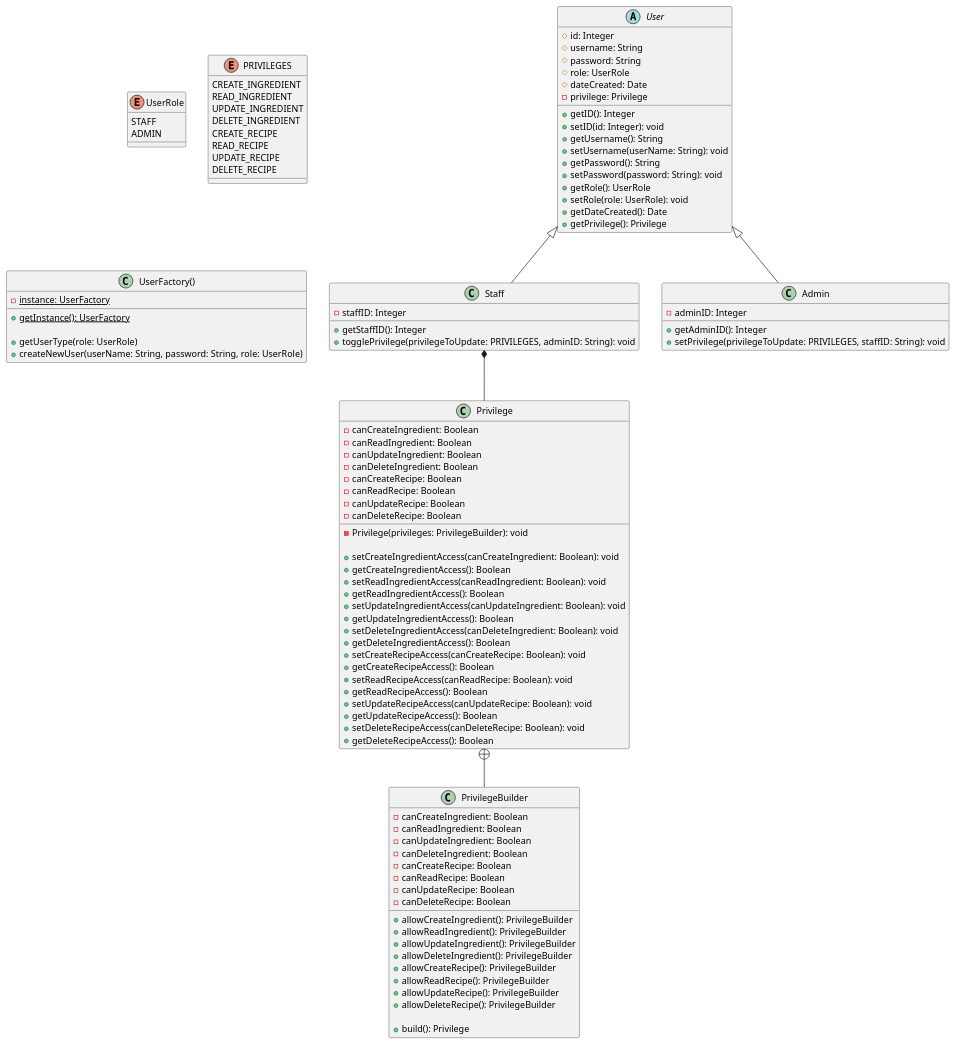
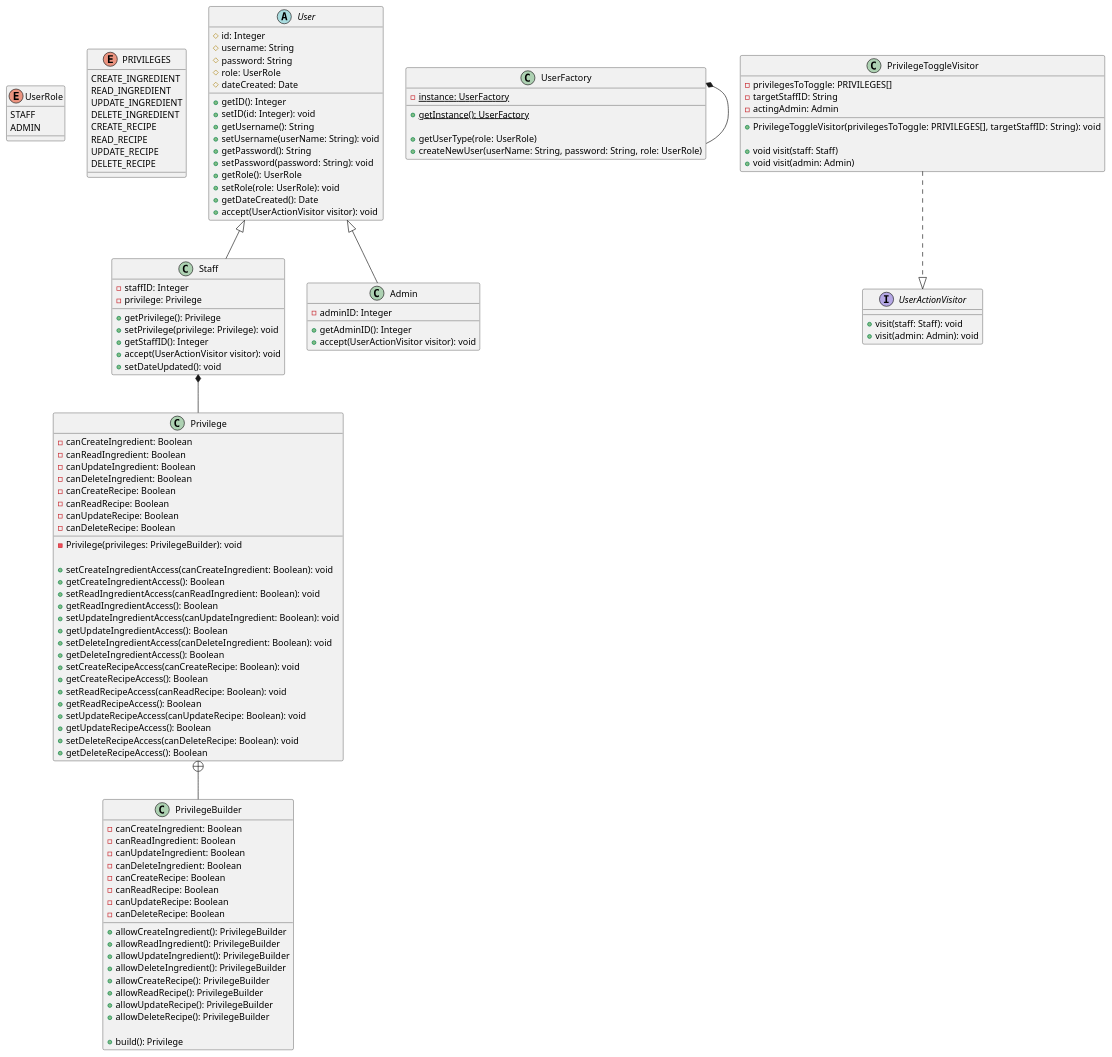
One commit to AlanCortez1337/cs5800-project changed the diagram in backend/src/documentation/classDiagrams/UserModels.puml. Above: the diagram before and after it, drawn with PlantUML. The commit also changed 7 other files, not shown here.

Commit message:
abstract editing privileges to use a visitor design pattern

```diff
--- a/backend/src/documentation/classDiagrams/UserModels.puml
+++ b/backend/src/documentation/classDiagrams/UserModels.puml
@@ -1,120 +1,143 @@
 @startuml
 'https://plantuml.com/class-diagram
 
 enum UserRole {
     STAFF
     ADMIN
 }
 
 enum PRIVILEGES {
     CREATE_INGREDIENT
     READ_INGREDIENT
     UPDATE_INGREDIENT
     DELETE_INGREDIENT
     CREATE_RECIPE
     READ_RECIPE
     UPDATE_RECIPE
     DELETE_RECIPE
 }
 
 abstract User {
     # id: Integer
     # username: String
     # password: String
     # role: UserRole
     # dateCreated: Date
-    - privilege: Privilege
 
     + getID(): Integer
     + setID(id: Integer): void
     + getUsername(): String
     + setUsername(userName: String): void
     + getPassword(): String
     + setPassword(password: String): void
     + getRole(): UserRole
     + setRole(role: UserRole): void
     + getDateCreated(): Date
-    + getPrivilege(): Privilege
+    + accept(UserActionVisitor visitor): void
 }
 
 class Privilege {
     - canCreateIngredient: Boolean
     - canReadIngredient: Boolean
     - canUpdateIngredient: Boolean
     - canDeleteIngredient: Boolean
     - canCreateRecipe: Boolean
     - canReadRecipe: Boolean
     - canUpdateRecipe: Boolean
     - canDeleteRecipe: Boolean
 
     - Privilege(privileges: PrivilegeBuilder): void
 
     + setCreateIngredientAccess(canCreateIngredient: Boolean): void
     + getCreateIngredientAccess(): Boolean
     + setReadIngredientAccess(canReadIngredient: Boolean): void
     + getReadIngredientAccess(): Boolean
     + setUpdateIngredientAccess(canUpdateIngredient: Boolean): void
     + getUpdateIngredientAccess(): Boolean
     + setDeleteIngredientAccess(canDeleteIngredient: Boolean): void
     + getDeleteIngredientAccess(): Boolean
     + setCreateRecipeAccess(canCreateRecipe: Boolean): void
     + getCreateRecipeAccess(): Boolean
     + setReadRecipeAccess(canReadRecipe: Boolean): void
     + getReadRecipeAccess(): Boolean
     + setUpdateRecipeAccess(canUpdateRecipe: Boolean): void
     + getUpdateRecipeAccess(): Boolean
     + setDeleteRecipeAccess(canDeleteRecipe: Boolean): void
     + getDeleteRecipeAccess(): Boolean
 }
 
 class PrivilegeBuilder {
     - canCreateIngredient: Boolean
     - canReadIngredient: Boolean
     - canUpdateIngredient: Boolean
     - canDeleteIngredient: Boolean
     - canCreateRecipe: Boolean
     - canReadRecipe: Boolean
     - canUpdateRecipe: Boolean
     - canDeleteRecipe: Boolean
 
     + allowCreateIngredient(): PrivilegeBuilder
     + allowReadIngredient(): PrivilegeBuilder
     + allowUpdateIngredient(): PrivilegeBuilder
     + allowDeleteIngredient(): PrivilegeBuilder
     + allowCreateRecipe(): PrivilegeBuilder
     + allowReadRecipe(): PrivilegeBuilder
     + allowUpdateRecipe(): PrivilegeBuilder
     + allowDeleteRecipe(): PrivilegeBuilder
 
     + build(): Privilege
 }
 
 Privilege +-- PrivilegeBuilder
 
 class Staff {
     - staffID: Integer
+    - privilege: Privilege
 
+    + getPrivilege(): Privilege
+    + setPrivilege(privilege: Privilege): void
     + getStaffID(): Integer
-    + togglePrivilege(privilegeToUpdate: PRIVILEGES, adminID: String): void
+    + accept(UserActionVisitor visitor): void
+    + setDateUpdated(): void
 }
 
 class Admin {
     - adminID: Integer
 
     + getAdminID(): Integer
-    + setPrivilege(privilegeToUpdate: PRIVILEGES, staffID: String): void
+    + accept(UserActionVisitor visitor): void
 }
 
-class UserFactory() {
+class UserFactory {
     - {static} instance: UserFactory
     + {static} getInstance(): UserFactory
 
     + getUserType(role: UserRole)
     + createNewUser(userName: String, password: String, role: UserRole)
 }
 
+UserFactory *-- UserFactory
+
+interface UserActionVisitor {
+    + visit(staff: Staff): void
+    + visit(admin: Admin): void
+}
+
+class PrivilegeToggleVisitor {
+    - privilegesToToggle: PRIVILEGES[]
+    - targetStaffID: String
+    - actingAdmin: Admin
+
+    + PrivilegeToggleVisitor(privilegesToToggle: PRIVILEGES[], targetStaffID: String): void
+
+    + void visit(staff: Staff)
+    + void visit(admin: Admin)
+}
+
+PrivilegeToggleVisitor ..|> UserActionVisitor
+
 Staff *-- Privilege
 User <|-- Staff
 User <|-- Admin
 
 @enduml
```
